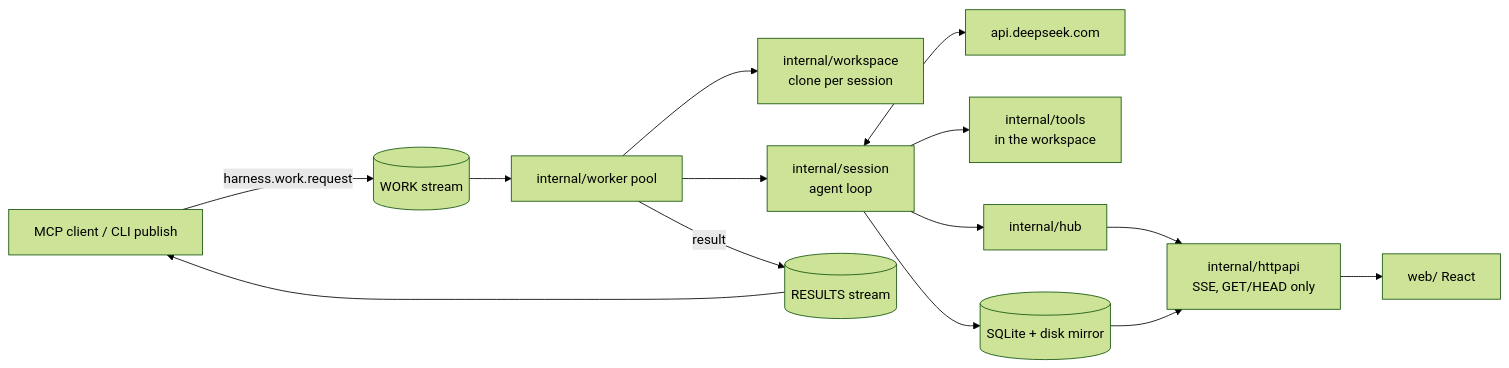
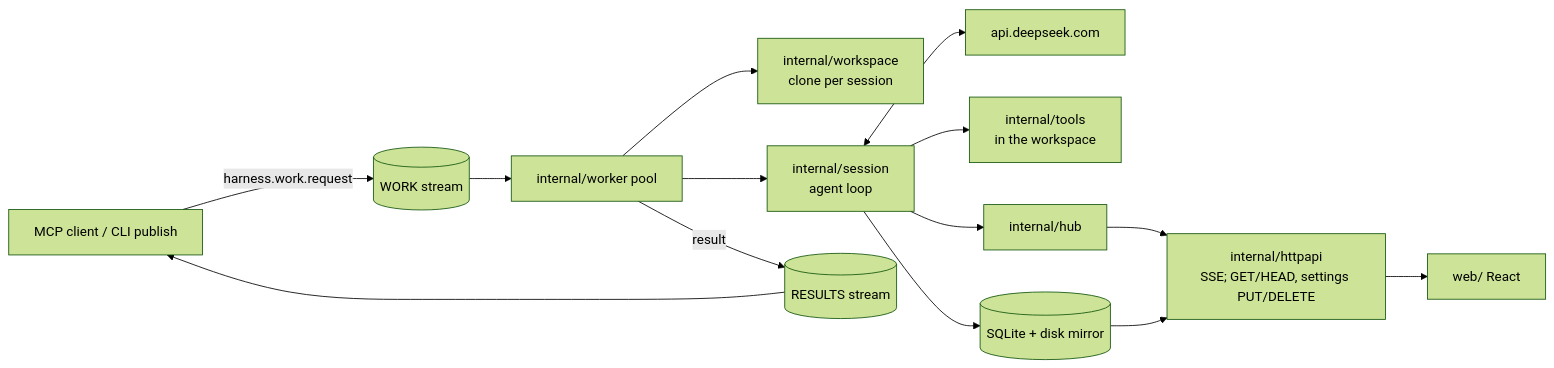
The diagram in ARCHITECTURE.md (tinkerindustries/agent-harness), drawn with Mermaid (forest theme) before and after one commit. The commit also changed other lines of this file and 3 other files, not shown here.

First line of the commit message:
docs: narrow the read-only rule to runs and document the settings API

````diff
--- a/ARCHITECTURE.md
+++ b/ARCHITECTURE.md
@@ -25,16 +26,16 @@
 ```mermaid
 flowchart LR
     caller[MCP client / CLI publish] -->|harness.work.request| WORK[(WORK stream)]
     WORK --> worker[internal/worker pool]
     worker --> ws[internal/workspace<br/>clone per session]
     worker --> session[internal/session<br/>agent loop]
     session <--> api[api.deepseek.com]
     session --> tools[internal/tools<br/>in the workspace]
     session --> store[(SQLite + disk mirror)]
     session --> hub[internal/hub]
-    hub --> http[internal/httpapi<br/>SSE, GET/HEAD only]
+    hub --> http[internal/httpapi<br/>SSE; GET/HEAD, settings PUT/DELETE]
     store --> http
     http --> web[web/ React]
     worker -->|result| RESULTS[(RESULTS stream)]
     RESULTS --> caller
 ```
````
